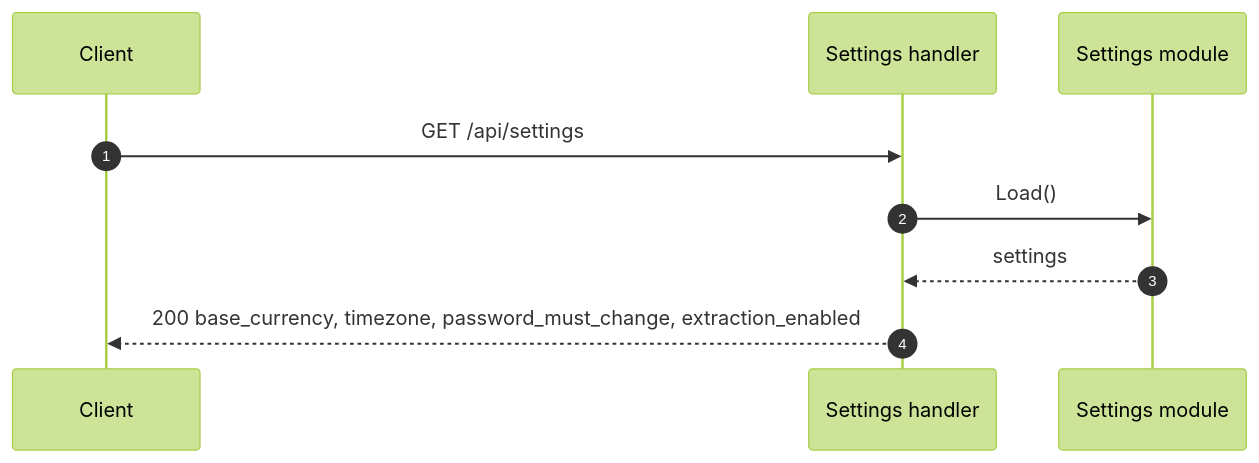
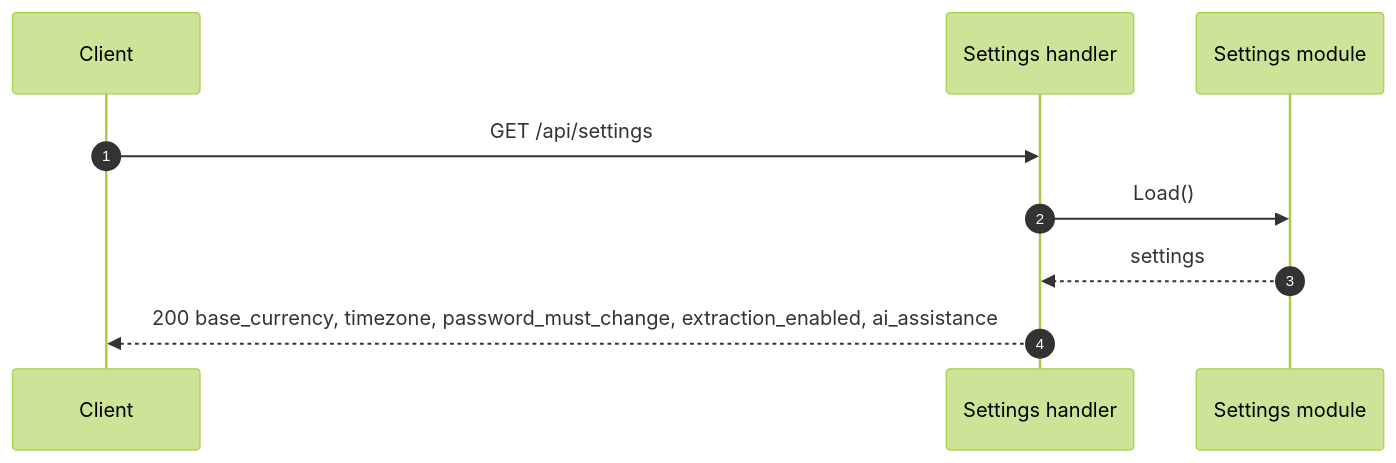
The diagram in docs/endpoints/GET_api_settings.md (dimasbaguspm/spenicle), drawn with Mermaid (forest theme) before and after one commit. The commit also changed other lines of this file and 42 other files, not shown here.

````diff
--- a/docs/endpoints/GET_api_settings.md
+++ b/docs/endpoints/GET_api_settings.md
@@ -48,11 +51,11 @@
 ```mermaid
 sequenceDiagram
     autonumber
     participant UI as Client
     participant H as Settings handler
     participant S as Settings module
     UI->>H: GET /api/settings
     H->>S: Load()
     S-->>H: settings
-    H-->>UI: 200 base_currency, timezone, password_must_change, extraction_enabled
+    H-->>UI: 200 base_currency, timezone, password_must_change, extraction_enabled, ai_assistance
 ```
````
